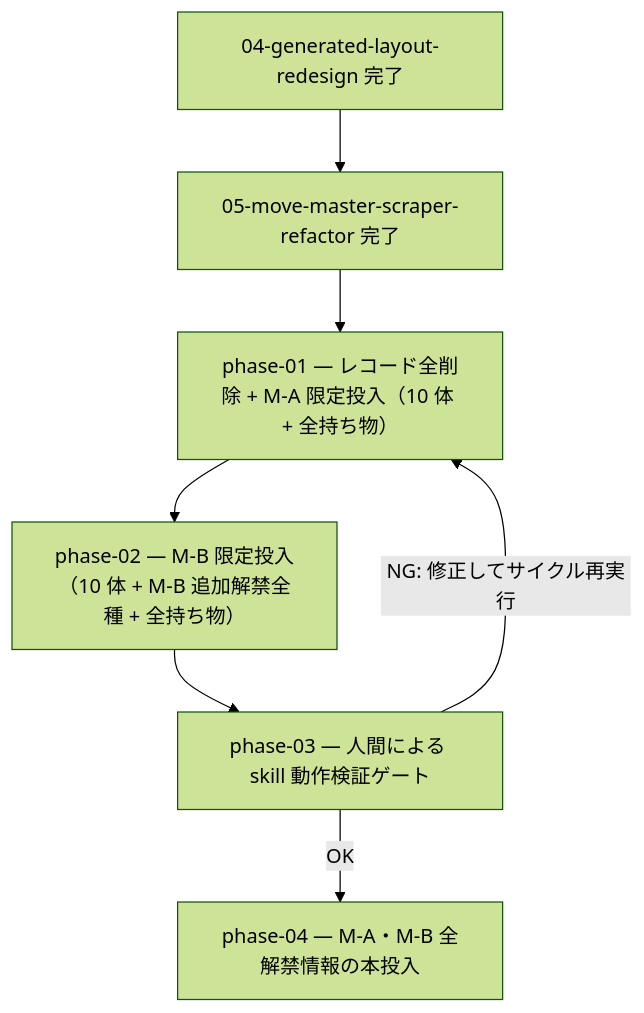
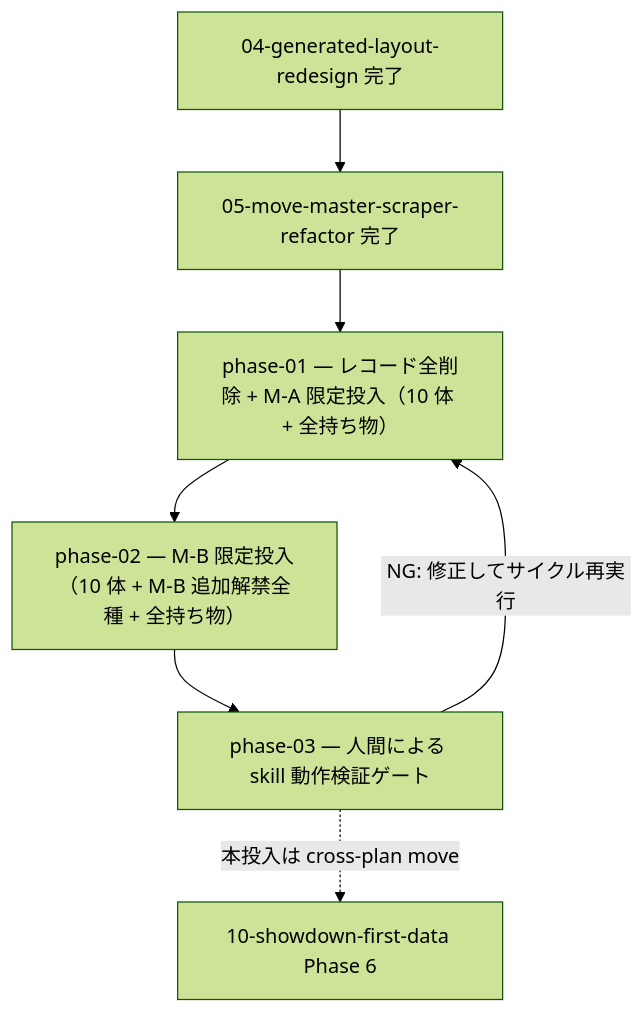
Before and after one commit to subroh0508/pokeform: the diagram in docs/roadmap/09-champions-data-rollout/README.md, drawn with Mermaid (forest theme). The commit also changed other lines of this file and 11 other files, not shown here.

First line of the commit message:
docs(roadmap): plan 10（pokemon-showdown 第一の正へのデータ取得刷新）を起票

````diff
--- a/docs/roadmap/09-champions-data-rollout/README.md
+++ b/docs/roadmap/09-champions-data-rollout/README.md
@@ -15,9 +17,9 @@
 ```mermaid
 flowchart TD
     P04[04-generated-layout-redesign 完了] --> P05[05-move-master-scraper-refactor 完了]
     P05 --> P1[phase-01 — レコード全削除 + M-A 限定投入（10 体 + 全持ち物）]
     P1 --> P2[phase-02 — M-B 限定投入（10 体 + M-B 追加解禁全種 + 全持ち物）]
     P2 --> P3[phase-03 — 人間による skill 動作検証ゲート]
     P3 -->|NG: 修正してサイクル再実行| P1
-    P3 -->|OK| P4[phase-04 — M-A・M-B 全解禁情報の本投入]
+    P3 -.->|本投入は cross-plan move| P10[10-showdown-first-data Phase 6]
 ```
````
